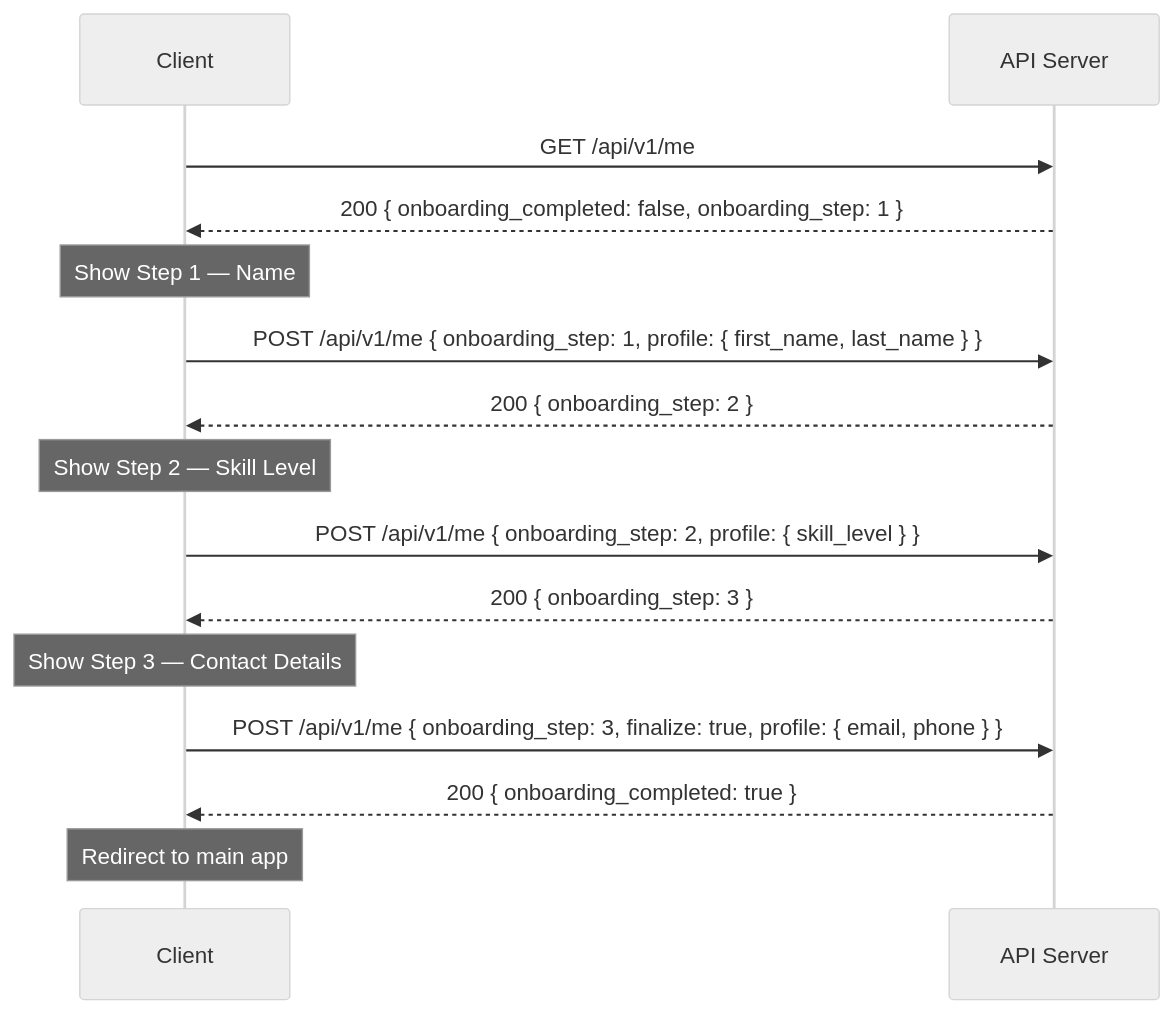
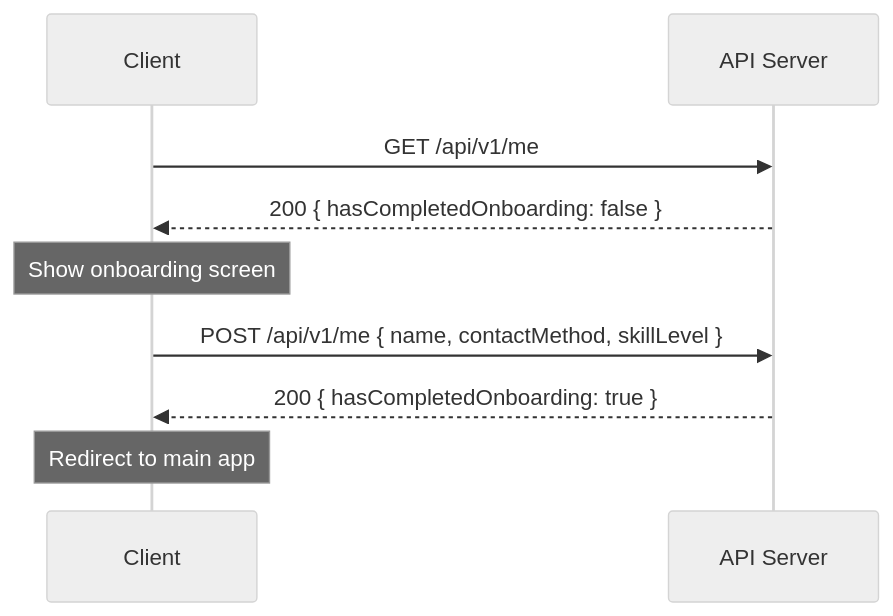
The first of 3 diagrams in upmatches-docs/docs/modules/new-user-onboarding.md (upmatches/upmatches-wiki), drawn with Mermaid (neutral theme) before and after one commit. The commit also changed other lines of this file, not shown here.

First line of the commit message:
docs(onboarding): rewrite user onboarding documentation

````diff
--- a/upmatches-docs/docs/modules/new-user-onboarding.md
+++ b/upmatches-docs/docs/modules/new-user-onboarding.md
@@ -83,22 +135,14 @@
 ```mermaid
 sequenceDiagram
     participant Client
     participant API as API Server
 
     Client->>API: GET /api/v1/me
-    API-->>Client: 200 { onboarding_completed: false, onboarding_step: 1 }
+    API-->>Client: 200 { hasCompletedOnboarding: false }
 
-    Note over Client: Show Step 1 — Name
-    Client->>API: POST /api/v1/me { onboarding_step: 1, profile: { first_name, last_name } }
-    API-->>Client: 200 { onboarding_step: 2 }
-
-    Note over Client: Show Step 2 — Skill Level
-    Client->>API: POST /api/v1/me { onboarding_step: 2, profile: { skill_level } }
-    API-->>Client: 200 { onboarding_step: 3 }
-
-    Note over Client: Show Step 3 — Contact Details
-    Client->>API: POST /api/v1/me { onboarding_step: 3, finalize: true, profile: { email, phone } }
-    API-->>Client: 200 { onboarding_completed: true }
+    Note over Client: Show onboarding screen
+    Client->>API: POST /api/v1/me { name, contactMethod, skillLevel }
+    API-->>Client: 200 { hasCompletedOnboarding: true }
 
     Note over Client: Redirect to main app
 ```
````
